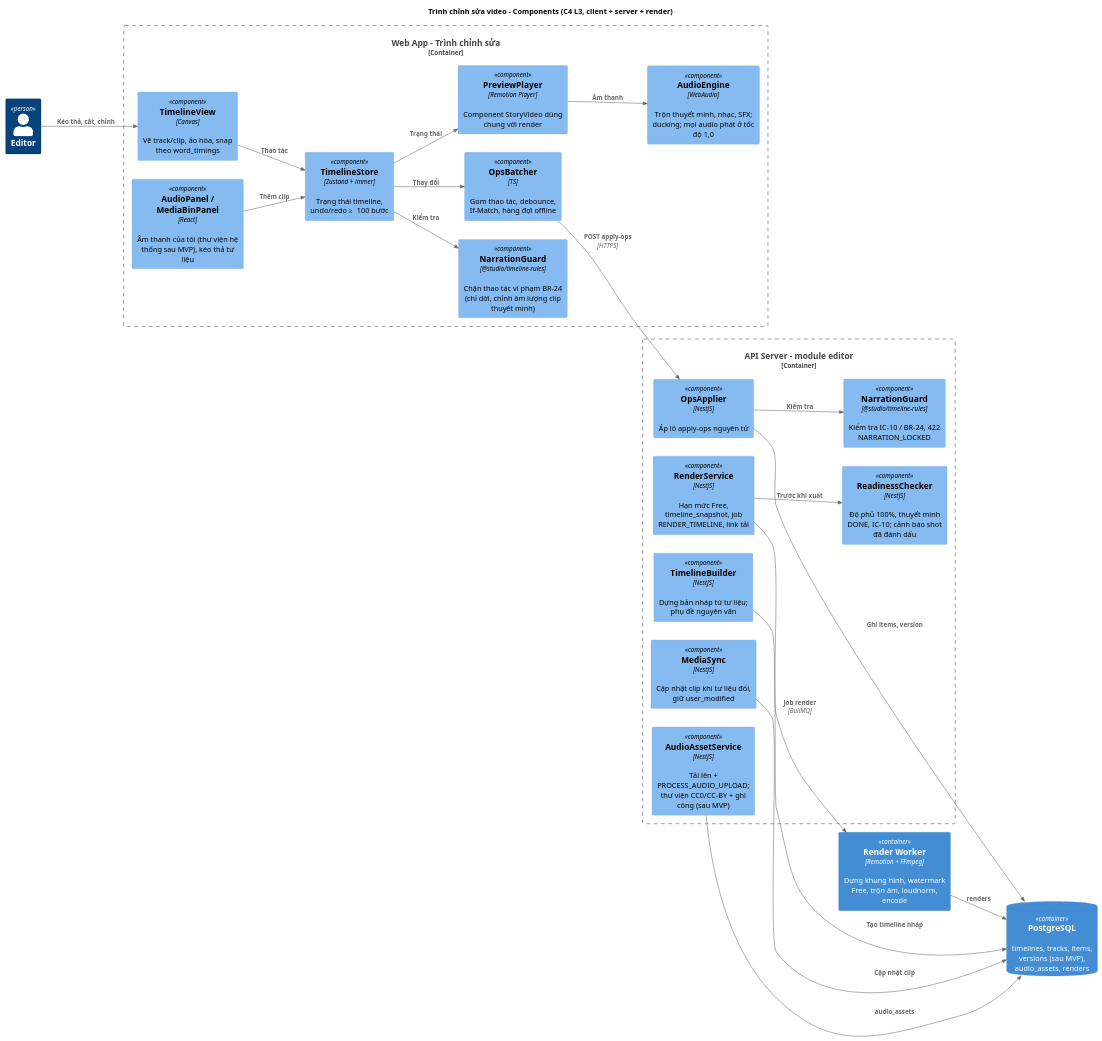
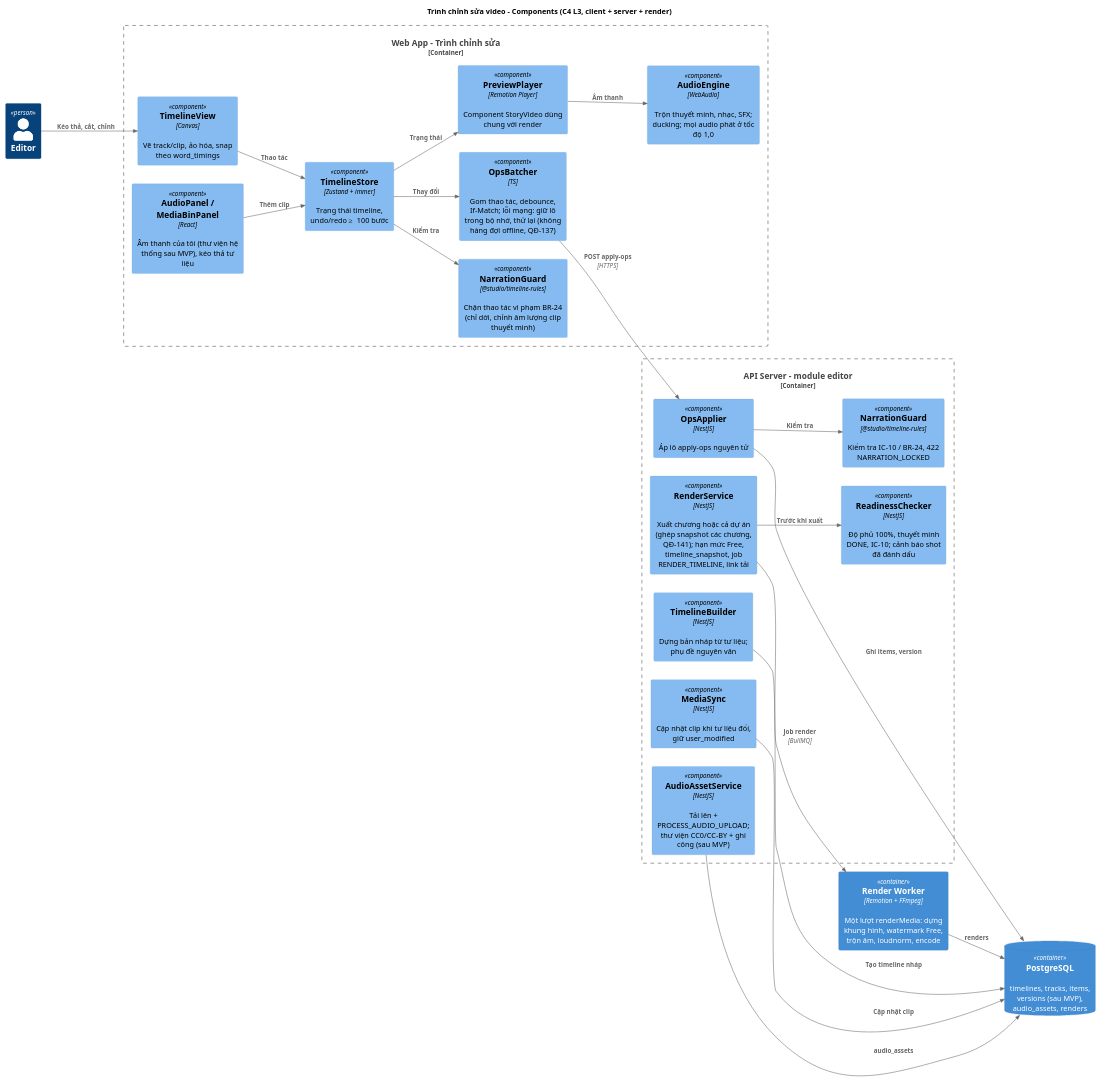
One commit to 202416852-anhpv/story2video-docs changed the diagram in demo-c2story/so-do/03-kien-truc/c4-component-editor.puml. Above: the diagram before and after it, drawn with PlantUML. The commit also changed 55 other files, not shown here.

```diff
--- a/demo-c2story/so-do/03-kien-truc/c4-component-editor.puml
+++ b/demo-c2story/so-do/03-kien-truc/c4-component-editor.puml
@@ -1,47 +1,47 @@
 @startuml C4_Component_Editor
 !include <C4/C4_Component>
 title Trình chỉnh sửa video - Components (C4 L3, client + server + render)
 LAYOUT_LEFT_RIGHT()
 
 Person(ed, "Editor")
 
 Container_Boundary(client, "Web App - Trình chỉnh sửa") {
     Component(view, "TimelineView", "Canvas", "Vẽ track/clip, ảo hóa, snap theo word_timings")
     Component(store, "TimelineStore", "Zustand + immer", "Trạng thái timeline, undo/redo ≥ 100 bước")
     Component(guardc, "NarrationGuard", "@studio/timeline-rules", "Chặn thao tác vi phạm BR-24 (chỉ dời, chỉnh âm lượng clip thuyết minh)")
-    Component(batch, "OpsBatcher", "TS", "Gom thao tác, debounce, If-Match, hàng đợi offline")
+    Component(batch, "OpsBatcher", "TS", "Gom thao tác, debounce, If-Match; lỗi mạng: giữ lô trong bộ nhớ, thử lại (không hàng đợi offline, QĐ-137)")
     Component(player, "PreviewPlayer", "Remotion Player", "Component StoryVideo dùng chung với render")
     Component(audio, "AudioEngine", "WebAudio", "Trộn thuyết minh, nhạc, SFX; ducking; mọi audio phát ở tốc độ 1,0")
     Component(panels, "AudioPanel / MediaBinPanel", "React", "Âm thanh của tôi (thư viện hệ thống sau MVP), kéo thả tư liệu")
 }
 
 Container_Boundary(server, "API Server - module editor") {
     Component(ops, "OpsApplier", "NestJS", "Áp lô apply-ops nguyên tử")
     Component(guards, "NarrationGuard", "@studio/timeline-rules", "Kiểm tra IC-10 / BR-24, 422 NARRATION_LOCKED")
     Component(builder, "TimelineBuilder", "NestJS", "Dựng bản nháp từ tư liệu; phụ đề nguyên văn")
     Component(sync, "MediaSync", "NestJS", "Cập nhật clip khi tư liệu đổi, giữ user_modified")
     Component(lib, "AudioAssetService", "NestJS", "Tải lên + PROCESS_AUDIO_UPLOAD; thư viện CC0/CC-BY + ghi công (sau MVP)")
     Component(ready, "ReadinessChecker", "NestJS", "Độ phủ 100%, thuyết minh DONE, IC-10; cảnh báo shot đã đánh dấu")
-    Component(rs, "RenderService", "NestJS", "Hạn mức Free, timeline_snapshot, job RENDER_TIMELINE, link tải")
+    Component(rs, "RenderService", "NestJS", "Xuất chương hoặc cả dự án (ghép snapshot các chương, QĐ-141); hạn mức Free, timeline_snapshot, job RENDER_TIMELINE, link tải")
 }
 
-Container(rw, "Render Worker", "Remotion + FFmpeg", "Dựng khung hình, watermark Free, trộn âm, loudnorm, encode")
+Container(rw, "Render Worker", "Remotion + FFmpeg", "Một lượt renderMedia: dựng khung hình, watermark Free, trộn âm, loudnorm, encode")
 ContainerDb(db, "PostgreSQL", "", "timelines, tracks, items, versions (sau MVP), audio_assets, renders")
 
 Rel(ed, view, "Kéo thả, cắt, chỉnh")
 Rel(view, store, "Thao tác")
 Rel(store, guardc, "Kiểm tra")
 Rel(store, batch, "Thay đổi")
 Rel(store, player, "Trạng thái")
 Rel(player, audio, "Âm thanh")
 Rel(panels, store, "Thêm clip")
 Rel(batch, ops, "POST apply-ops", "HTTPS")
 Rel(ops, guards, "Kiểm tra")
 Rel(ops, db, "Ghi items, version")
 Rel(builder, db, "Tạo timeline nháp")
 Rel(sync, db, "Cập nhật clip")
 Rel(lib, db, "audio_assets")
 Rel(rs, ready, "Trước khi xuất")
 Rel(rs, rw, "Job render", "BullMQ")
 Rel(rw, db, "renders")
 @enduml
```
